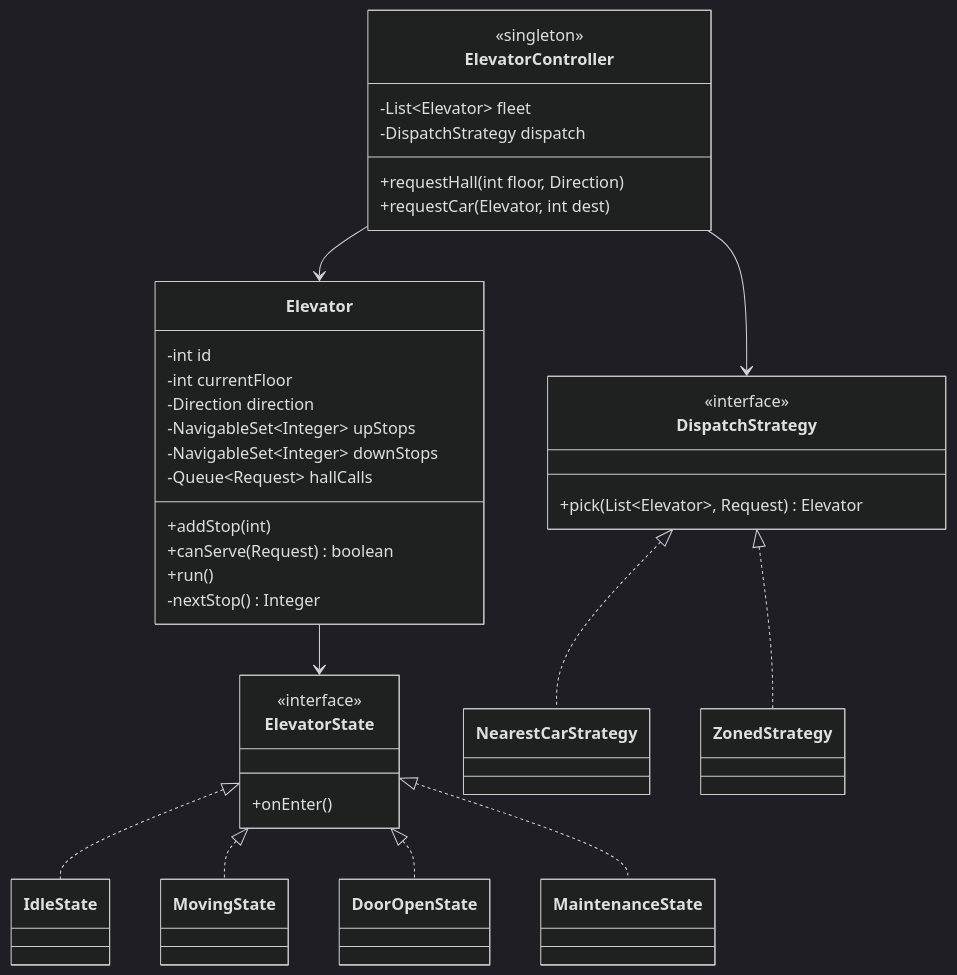
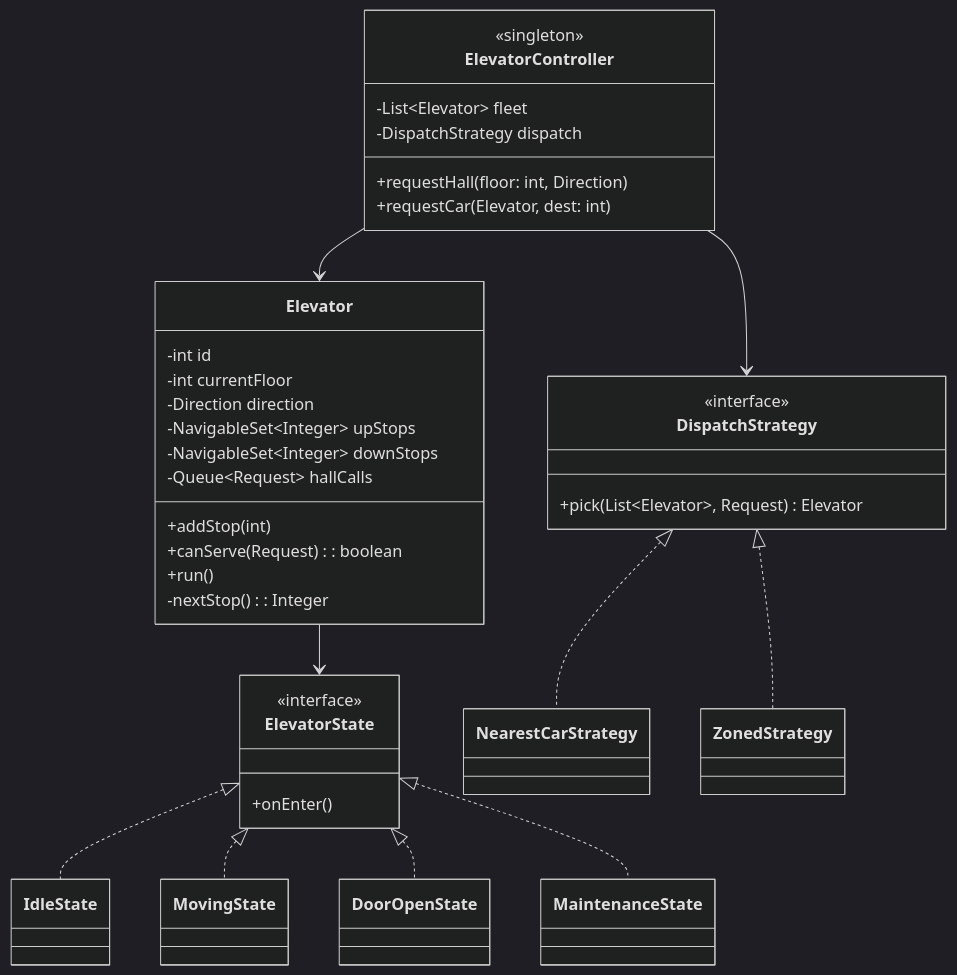
One commit to iamitgupta/system-design-LLD-basic changed diagram 28 of 59 in Readme.md. Above: the diagram before and after it, drawn with Mermaid (dark theme). The commit also changed other lines of this file, not shown here.

````diff
--- a/Readme.md
+++ b/Readme.md
@@ -3012,39 +3793,39 @@
 ```mermaid
 classDiagram
  class ElevatorController {
  <<singleton>>
  -List~Elevator~ fleet
  -DispatchStrategy dispatch
- +requestHall(int floor, Direction)
- +requestCar(Elevator, int dest)
+ +requestHall(floor: int, Direction)
+ +requestCar(Elevator, dest: int)
  }
  class Elevator {
  -int id
  -int currentFloor
  -Direction direction
  -NavigableSet~Integer~ upStops
  -NavigableSet~Integer~ downStops
  -Queue~Request~ hallCalls
  +addStop(int)
- +canServe(Request) boolean
+ +canServe(Request): boolean
  +run()
- -nextStop() Integer
+ -nextStop(): Integer
  }
  class DispatchStrategy {
  <<interface>>
  +pick(List~Elevator~, Request) Elevator
  }
  class ElevatorState {
  <<interface>>
  +onEnter()
  }
  ElevatorController --> Elevator
  ElevatorController --> DispatchStrategy
  Elevator --> ElevatorState
  ElevatorState <|.. IdleState
  ElevatorState <|.. MovingState
  ElevatorState <|.. DoorOpenState
  ElevatorState <|.. MaintenanceState
  DispatchStrategy <|.. NearestCarStrategy
  DispatchStrategy <|.. ZonedStrategy
 ```
````
